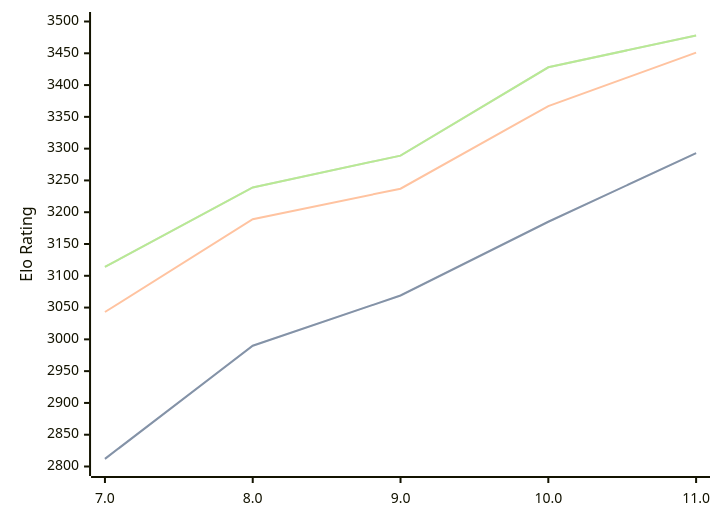
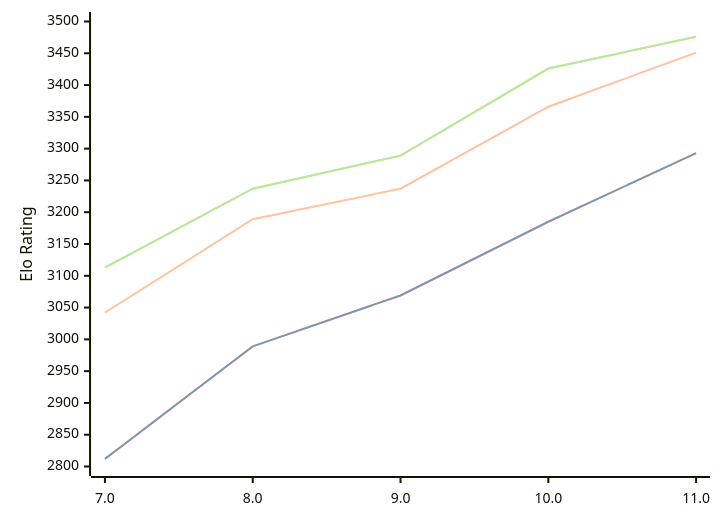
One commit to computer-chess-index/cci changed the diagram in engines/Tcheran.md. Above: the diagram before and after it, drawn with Mermaid. The commit also changed other lines of this file, not shown here.

Commit message:
Update CCI Ratings (ELO VLTC) - 2026-03-04

````diff
--- a/engines/Tcheran.md
+++ b/engines/Tcheran.md
@@ -47,11 +47,11 @@
 ```mermaid
 %%{init: {"theme":"base","themeVariables":{"seriesColors:['#a3a3a3','#222221','#faa371']}}}%%
 xychart-beta
   x-axis ["7.0", "8.0", "9.0", "10.0", "11.0"]
   y-axis "Elo Rating" 2800 --> 3500
-  line "STC (8.0+0.08s)" [2812, 2990, 3069, 3185, 3293]
-  line "STC (8.0+0.08s)" [2812, 2990, 3069, 3185, 3293]
-  line "LTC (60.0+0.60s)" [3043, 3189, 3237, 3367, 3451]
-  line "VLTC (2m24s+1.12s)" [3114, 3239, 3289, 3428, 3478]
-  line "VLTC (2m24s+1.12s)" [3114, 3239, 3289, 3428, 3478]
+  line "STC (8.0+0.08s)" [2812, 2989, 3069, 3185, 3293]
+  line "STC (8.0+0.08s)" [2812, 2989, 3069, 3185, 3293]
+  line "LTC (60.0+0.60s)" [3042, 3189, 3237, 3366, 3451]
+  line "VLTC (2m24s+1.12s)" [3113, 3237, 3289, 3426, 3476]
+  line "VLTC (2m24s+1.12s)" [3113, 3237, 3289, 3426, 3476]
 ```
````
